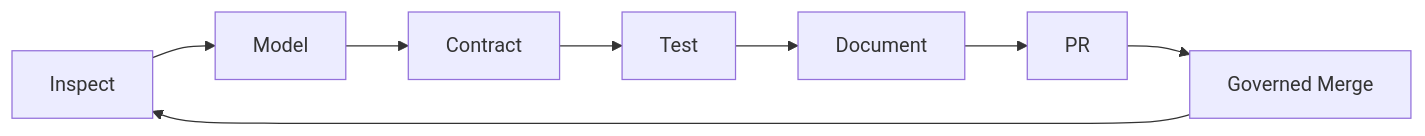
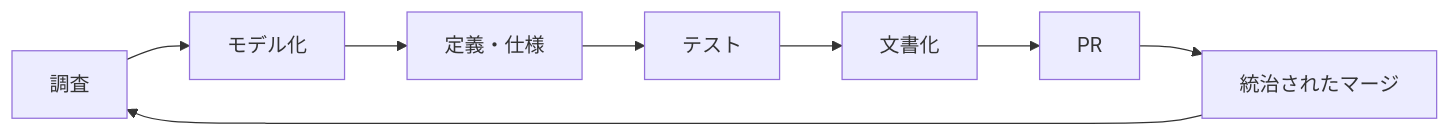
The sixth of 6 diagrams in README.ja.md (miumigy/scm-ontology), drawn with Mermaid before and after one commit. The commit also changed other lines of this file, not shown here.

````diff
--- a/README.ja.md
+++ b/README.ja.md
@@ -258,10 +258,10 @@
 ```mermaid
 flowchart LR
-    I[Inspect] --> M[Model]
-    M --> C[Contract]
-    C --> T[Test]
-    T --> D[Document]
+    I[調査] --> M[モデル化]
+    M --> C[定義・仕様]
+    C --> T[テスト]
+    T --> D[文書化]
     D --> P[PR]
-    P --> G[Governed Merge]
+    P --> G[統治されたマージ]
     G --> I
 ```
````
